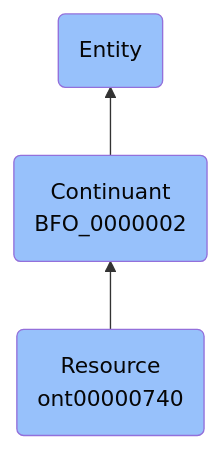
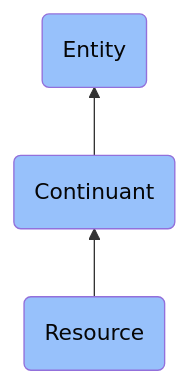
The diagram in docs/ontology/reference/model/Entity/Continuant/Resource/Resource.md (jupyter-naas/abi), drawn with Mermaid before and after one commit. The commit also changed other lines of this file and 1430 other files, not shown here.

````diff
--- a/docs/ontology/reference/model/Entity/Continuant/Resource/Resource.md
+++ b/docs/ontology/reference/model/Entity/Continuant/Resource/Resource.md
@@ -29,10 +29,10 @@
 ```mermaid
 graph BT
-    ont00000740(Resource<br>ont00000740):::BFO-->BFO_0000002
-    BFO_0000002(Continuant<br>BFO_0000002):::BFO-->BFO_0000001
+    ont00000740(Resource):::BFO-->BFO_0000002
+    BFO_0000002(Continuant):::BFO-->BFO_0000001
     BFO_0000001(Entity):::BFO
     
     classDef BFO fill:#97c1fb,color:#060606
     classDef CCO fill:#e4c51e,color:#060606
     classDef ABI fill:#48DD82,color:#060606
 ```
````
